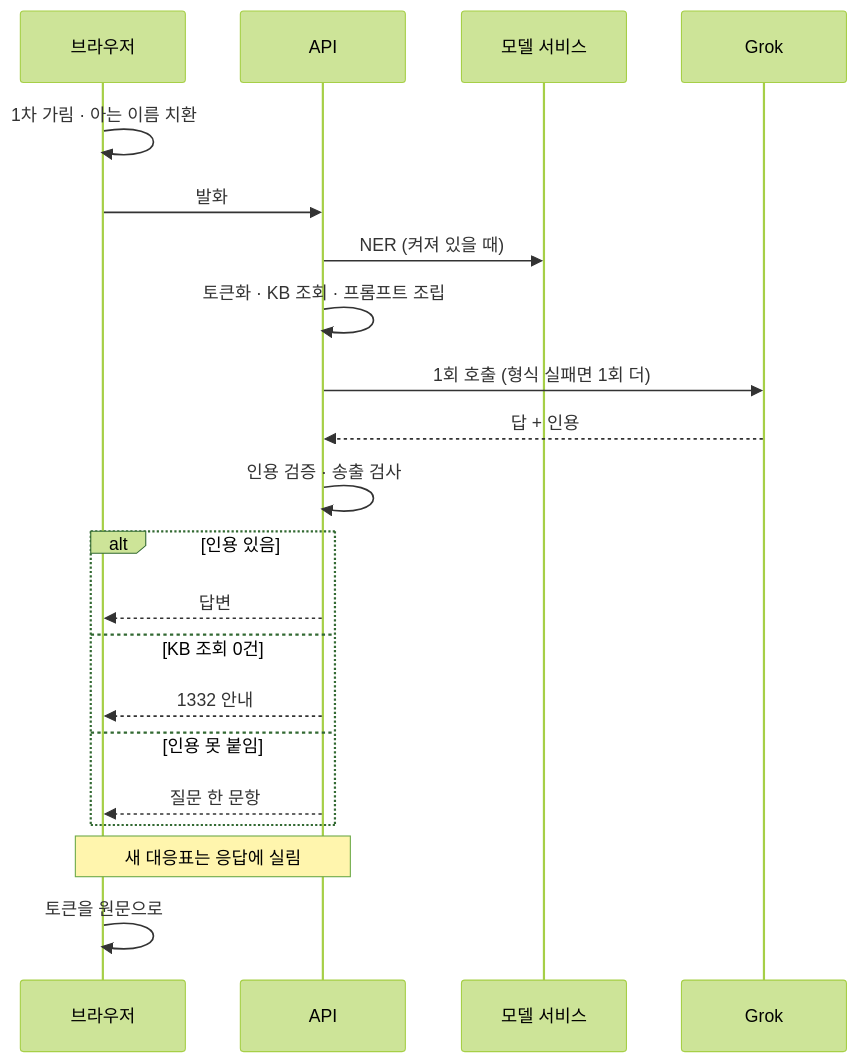
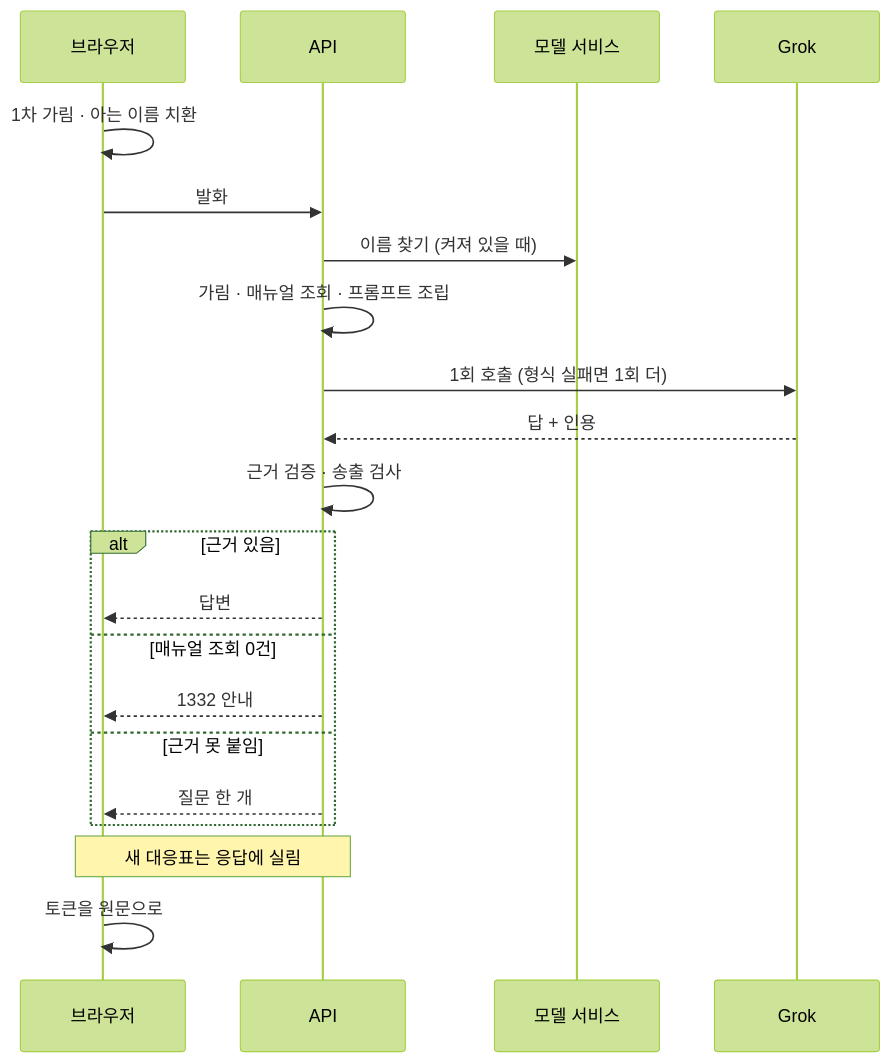
Before and after one commit to Dojaegyum/fsec-ai-challenge: the tenth of 10 diagrams in ARCHITECTURE.md, drawn with Mermaid (forest theme). The commit also changed other lines of this file, not shown here.

First line of the commit message:
ARCHITECTURE.md 그림에서 코드 이름을 빼고 하는 일을 한글로 적는다 — 상자 한 줄은 한글 10자·영문 10자 안으로, 모듈 이름은 그림 아래 표로, 머리말·「이 문서의 자리」·설명조 문장은 없앤다

````diff
--- a/ARCHITECTURE.md
+++ b/ARCHITECTURE.md
@@ -416,25 +388,25 @@
 ```mermaid
 sequenceDiagram
     participant B as 브라우저
     participant A as API
     participant M as 모델 서비스
     participant G as Grok
 
     B->>B: 1차 가림 · 아는 이름 치환
     B->>A: 발화
-    A->>M: NER (켜져 있을 때)
-    A->>A: 토큰화 · KB 조회 · 프롬프트 조립
+    A->>M: 이름 찾기 (켜져 있을 때)
+    A->>A: 가림 · 매뉴얼 조회 · 프롬프트 조립
     A->>G: 1회 호출 (형식 실패면 1회 더)
     G-->>A: 답 + 인용
-    A->>A: 인용 검증 · 송출 검사
+    A->>A: 근거 검증 · 송출 검사
 
-    alt 인용 있음
+    alt 근거 있음
         A-->>B: 답변
-    else KB 조회 0건
+    else 매뉴얼 조회 0건
         A-->>B: 1332 안내
-    else 인용 못 붙임
-        A-->>B: 질문 한 문항
+    else 근거 못 붙임
+        A-->>B: 질문 한 개
     end
     Note over B,A: 새 대응표는 응답에 실림
     B->>B: 토큰을 원문으로
 ```
````
